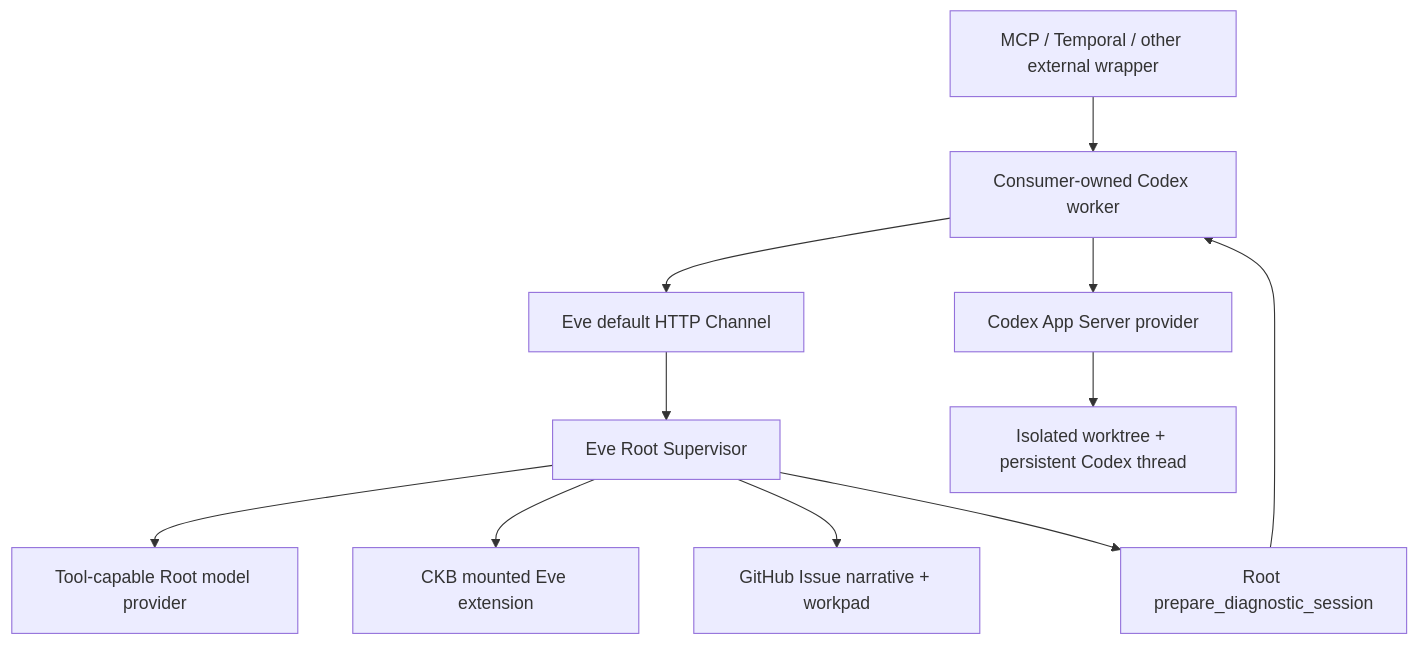
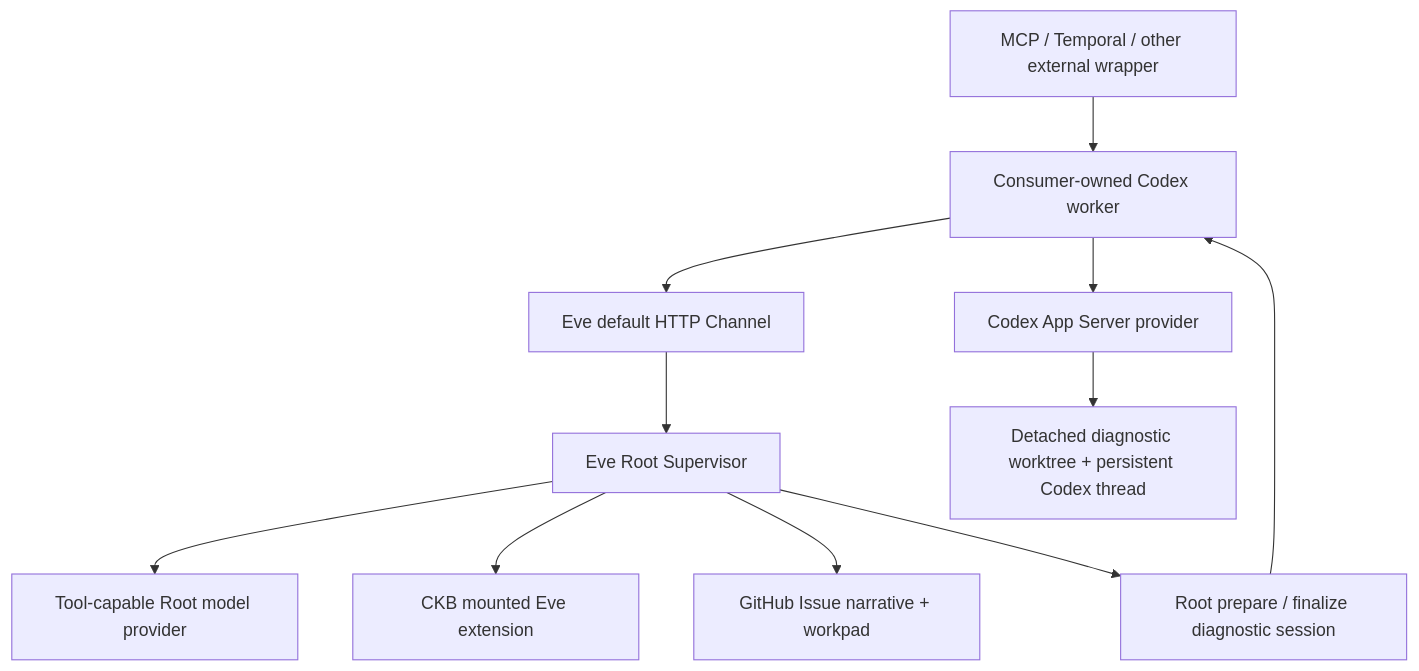
Before and after one commit to Alive24/FailureReport: the diagram in README.md, drawn with Mermaid. The commit also changed other lines of this file and 44 other files, not shown here.

````diff
--- a/README.md
+++ b/README.md
@@ -15,13 +9,13 @@
 ```mermaid
 flowchart TD
   M["MCP / Temporal / other external wrapper"] --> C["Eve Channel client"]
   C --> H["Eve default HTTP Channel"]
   H --> E["Eve Root Supervisor"]
   E --> R["Tool-capable Root model provider"]
   E --> X["CKB mounted Eve extension"]
   E --> I["GitHub Issue narrative + workpad"]
-  E --> D["Root prepare_diagnostic_session"]
+  E --> D["Root prepare / finalize diagnostic session"]
   D --> C["Consumer-owned Codex worker"]
   C --> A["Codex App Server provider"]
-  A --> W["Isolated worktree + persistent Codex thread"]
+  A --> W["Detached diagnostic worktree + persistent Codex thread"]
 ```
````
